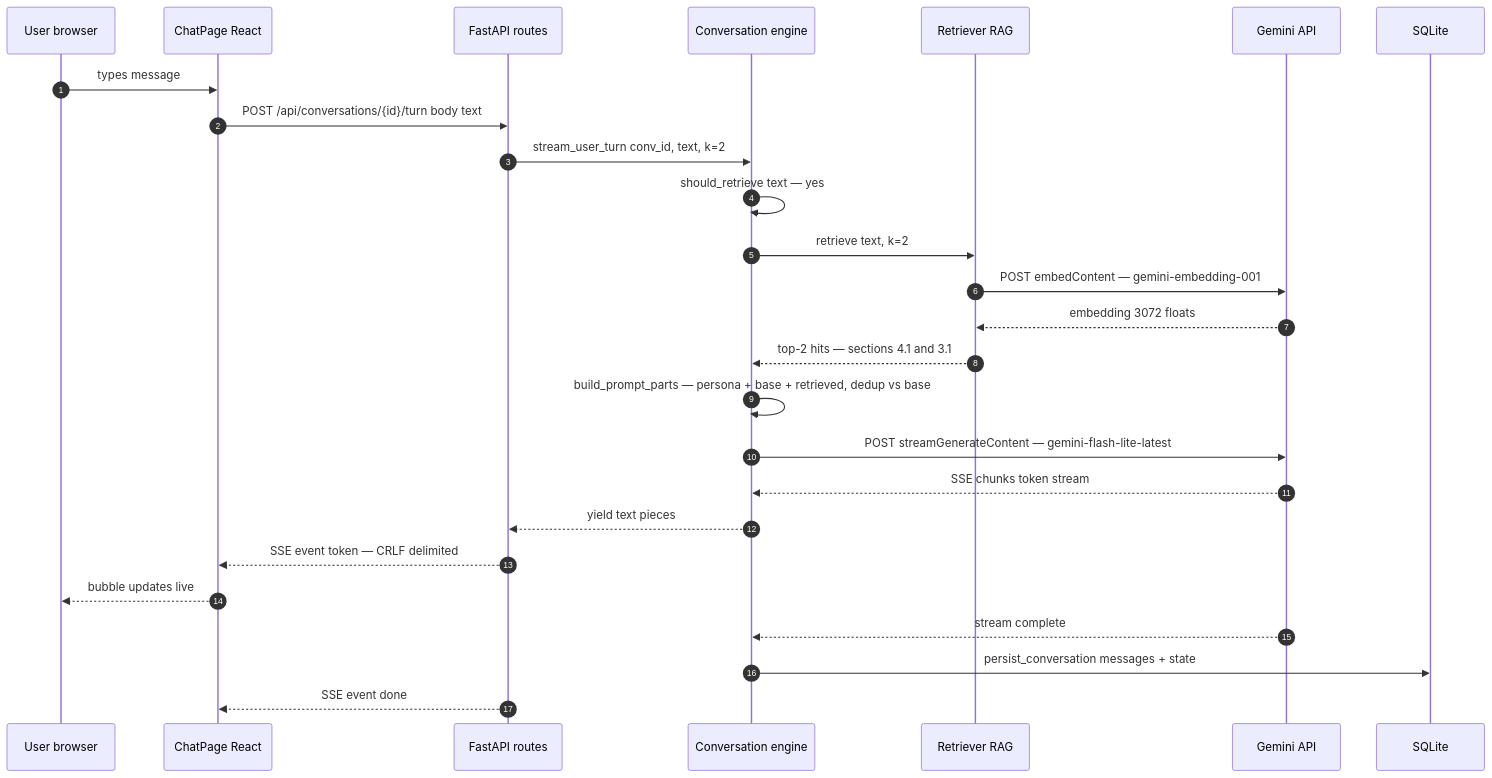
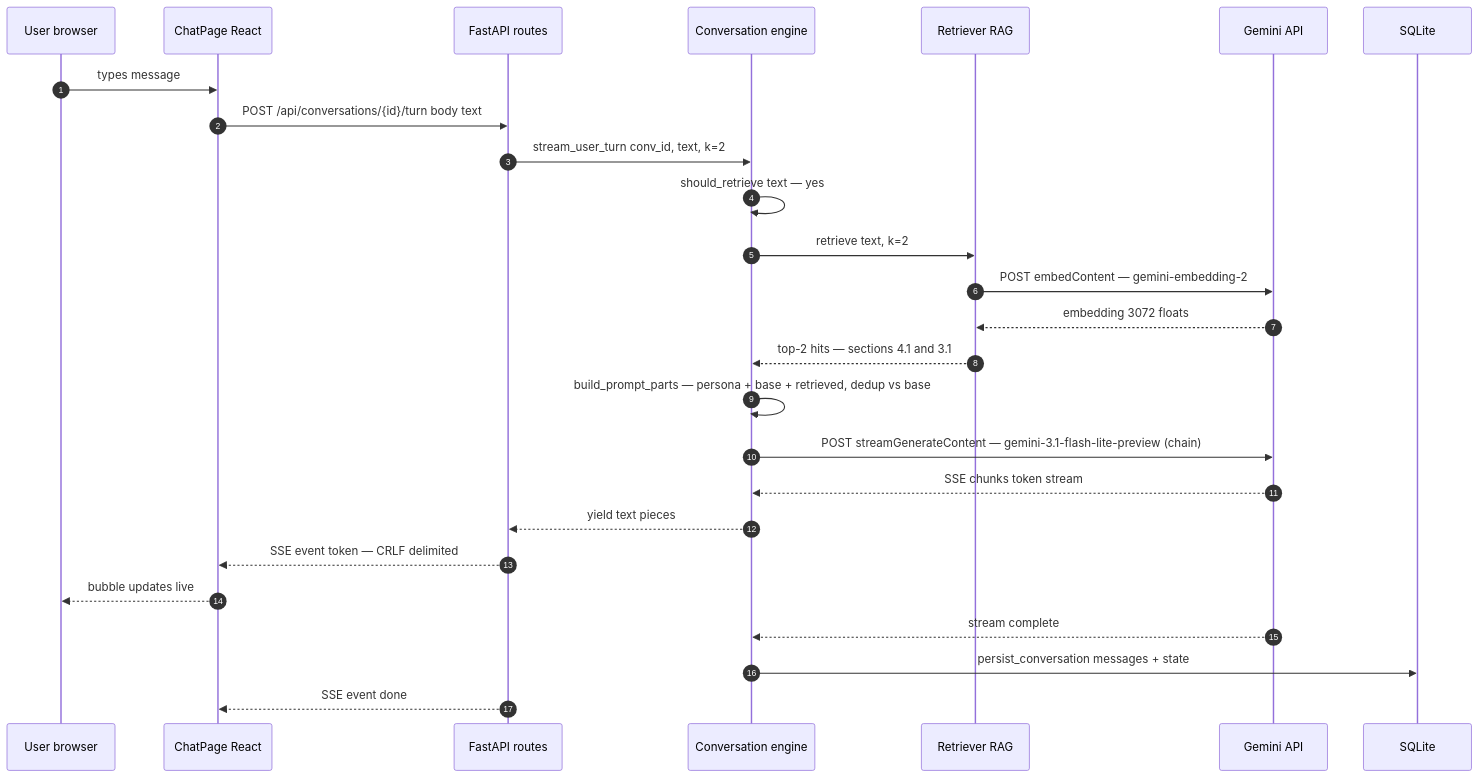
The third of 10 diagrams in ARCHITECTURE.md (AmanG-04/rupeezy-voice-agent), drawn with Mermaid before and after one commit. The commit also changed other lines of this file and 3 other files, not shown here.

````diff
--- a/ARCHITECTURE.md
+++ b/ARCHITECTURE.md
@@ -158,29 +162,29 @@
 ```mermaid
 sequenceDiagram
     autonumber
     participant U as User browser
     participant F as ChatPage React
     participant B as FastAPI routes
     participant E as Conversation engine
     participant R as Retriever RAG
     participant G as Gemini API
     participant DB as SQLite
 
     U->>F: types message
     F->>B: POST /api/conversations/{id}/turn body text
     B->>E: stream_user_turn conv_id, text, k=2
     E->>E: should_retrieve text — yes
     E->>R: retrieve text, k=2
-    R->>G: POST embedContent — gemini-embedding-001
+    R->>G: POST embedContent — gemini-embedding-2
     G-->>R: embedding 3072 floats
     R-->>E: top-2 hits — sections 4.1 and 3.1
     E->>E: build_prompt_parts — persona + base + retrieved, dedup vs base
-    E->>G: POST streamGenerateContent — gemini-flash-lite-latest
+    E->>G: POST streamGenerateContent — gemini-3.1-flash-lite-preview (chain)
     G-->>E: SSE chunks token stream
     E-->>B: yield text pieces
     B-->>F: SSE event token — CRLF delimited
     F-->>U: bubble updates live
     G-->>E: stream complete
     E->>DB: persist_conversation messages + state
     B-->>F: SSE event done
 ```
````
